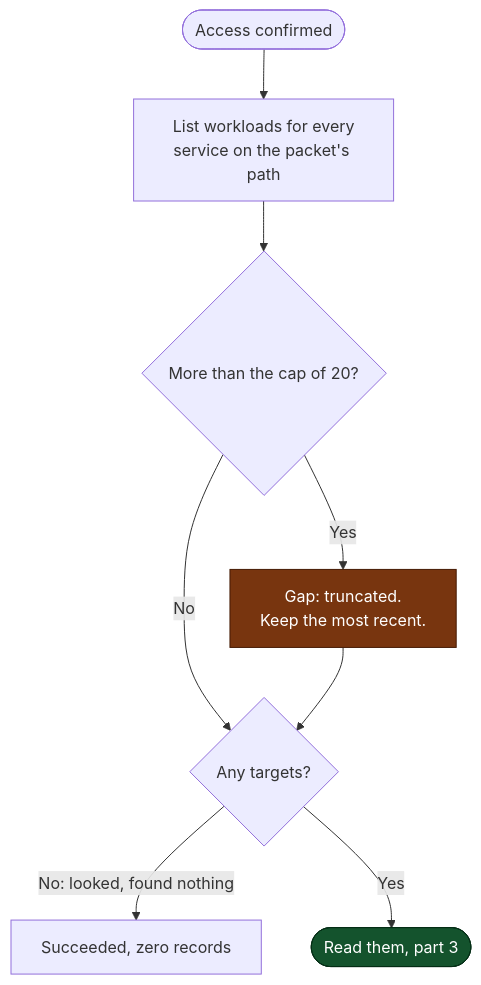
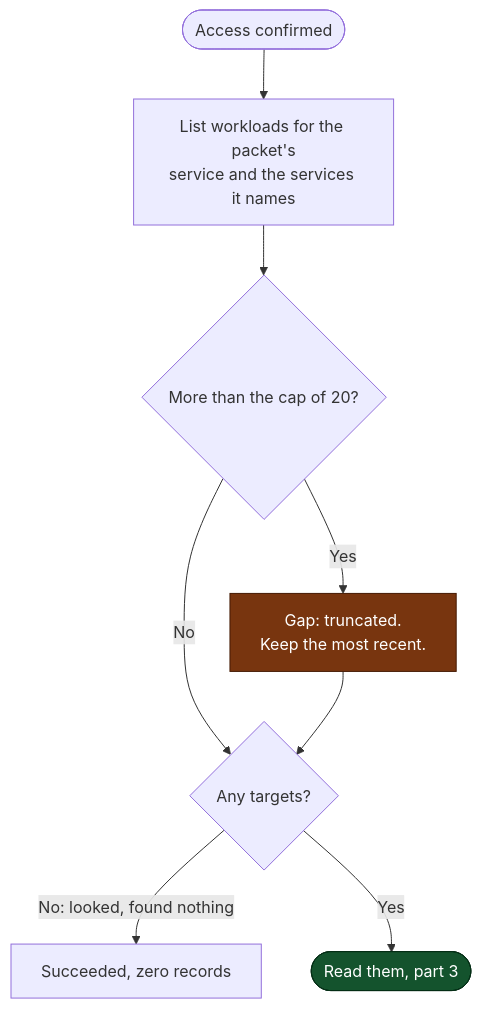
Before and after one commit to GuruSrikanth10/agentic-resident-crm: the tenth of 23 diagrams in SYSTEM_OVERVIEW.md, drawn with Mermaid. The commit also changed other lines of this file and 122 other files, not shown here.

````diff
--- a/SYSTEM_OVERVIEW.md
+++ b/SYSTEM_OVERVIEW.md
@@ -365,16 +365,16 @@
 ```mermaid
 flowchart TD
     classDef good fill:#14532d,stroke:#052e16,color:#ffffff
     classDef gap fill:#78350f,stroke:#451a03,color:#ffffff
 
-    IN(["Access confirmed"]) --> LIST["List workloads for every<br/>service on the packet's path"]
+    IN(["Access confirmed"]) --> LIST["List workloads for the packet's<br/>service and the services it names"]
     LIST --> CAP{"More than the cap of 20?"}
     CAP -->|Yes| GAPT["Gap: truncated.<br/>Keep the most recent."]
     CAP -->|No| TGT
     GAPT --> TGT{"Any targets?"}
     TGT -->|"No: looked, found nothing"| KEMPTY["Succeeded, zero records"]
     TGT -->|Yes| READ(["Read them, part 3"])
 
     class GAPT gap
     class READ good
 ```
````
